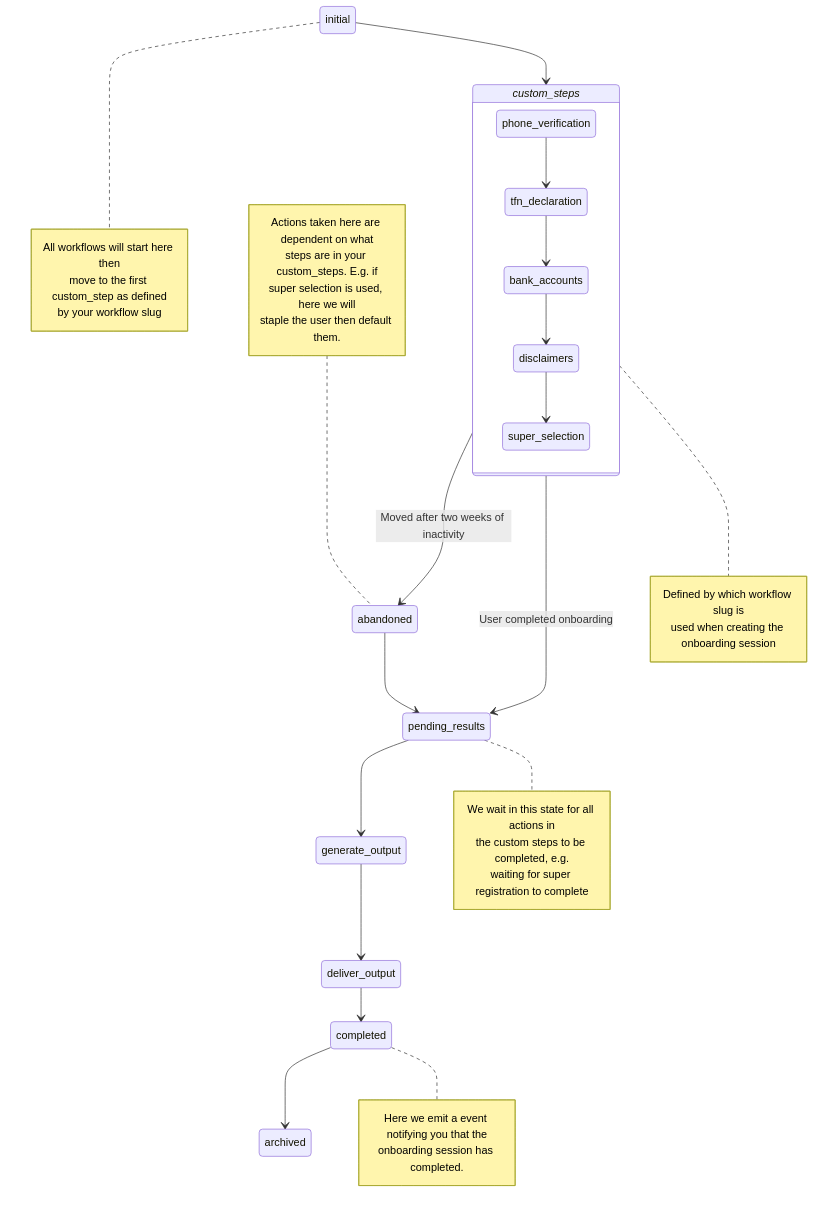
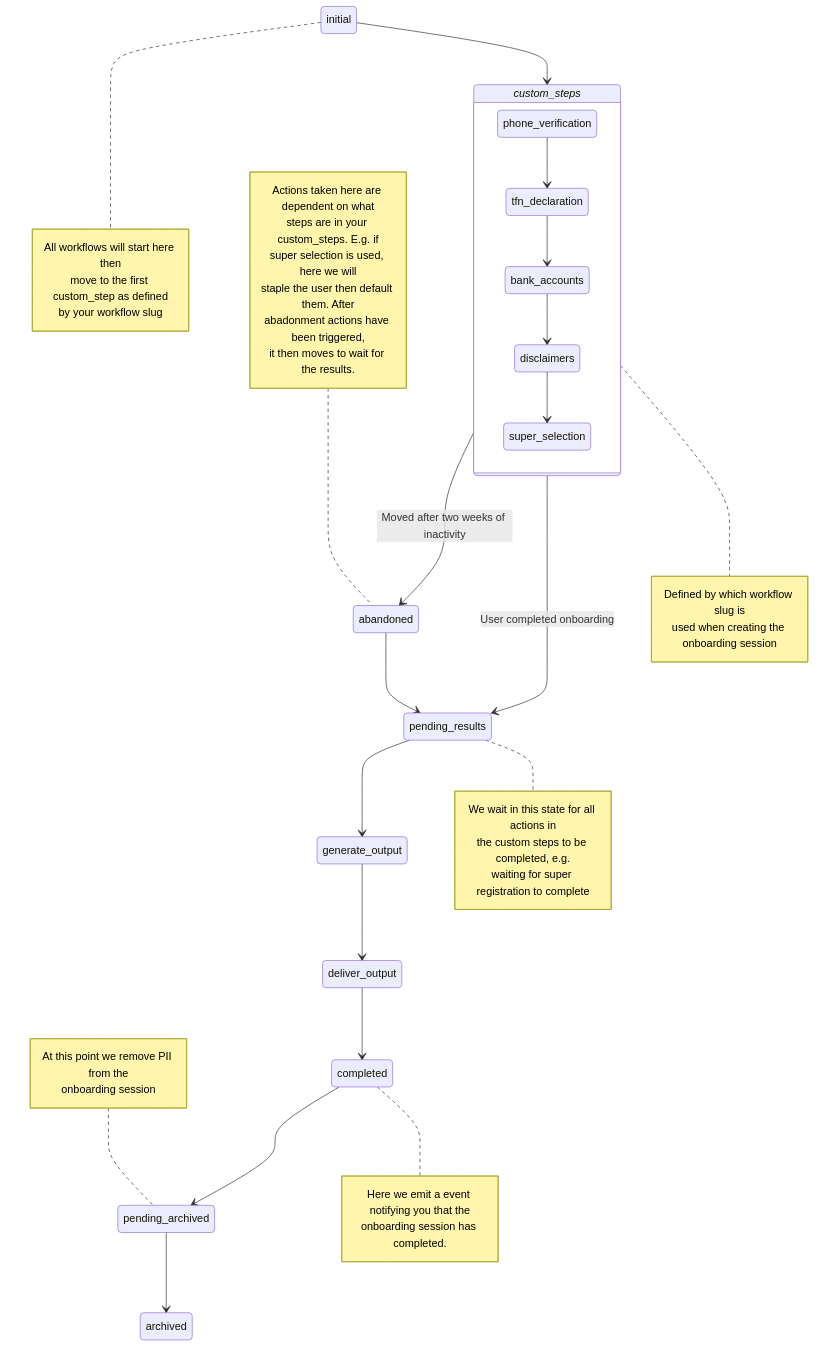
Before and after one commit to supersimplesuper/docs: the diagram in website/docs/software_partners/explanations/life_cycle_of_an_onboarding_session/index.md, drawn with Mermaid. The commit also changed other lines of this file, not shown here.

Commit message:
Life cycle of an onboarding session

````diff
--- a/website/docs/software_partners/explanations/life_cycle_of_an_onboarding_session/index.md
+++ b/website/docs/software_partners/explanations/life_cycle_of_an_onboarding_session/index.md
@@ -7,44 +7,51 @@
 ```mermaid
 stateDiagram-v2
     classDef movement font-style:italic
     initial --> custom_steps
     note right of initial
         All workflows will start here then
         move to the first custom_step as defined
         by your workflow slug
     end note
     state custom_steps {
         phone_verification --> tfn_declaration
         tfn_declaration --> bank_accounts
         bank_accounts --> disclaimers
         disclaimers --> super_selection
     }
     custom_steps --> abandoned: Moved after two weeks of inactivity
     custom_steps --> pending_results: User completed onboarding
     pending_results --> generate_output
     note right of pending_results
         We wait in this state for all actions in
         the custom steps to be completed, e.g.
         waiting for super registration to complete
     end note
     generate_output --> deliver_output
     note right of custom_steps
         Defined by which workflow slug is
         used when creating the onboarding session
     end note
     deliver_output --> completed
-    completed --> archived
+    completed --> pending_archived
     note right of completed
         Here we emit a event notifying you that the
         onboarding session has completed.
     end note
     abandoned --> pending_results
     note left of abandoned
         Actions taken here are dependent on what
         steps are in your custom_steps. E.g. if
         super selection is used, here we will
-        staple the user then default them.
+        staple the user then default them. After
+        abadonment actions have been triggered,
+        it then moves to wait for the results.
+    end note
+    pending_archived --> archived
+    note left of pending_archived
+        At this point we remove PII from the
+        onboarding session
     end note
 
     class custom_steps movement
 ```
````
